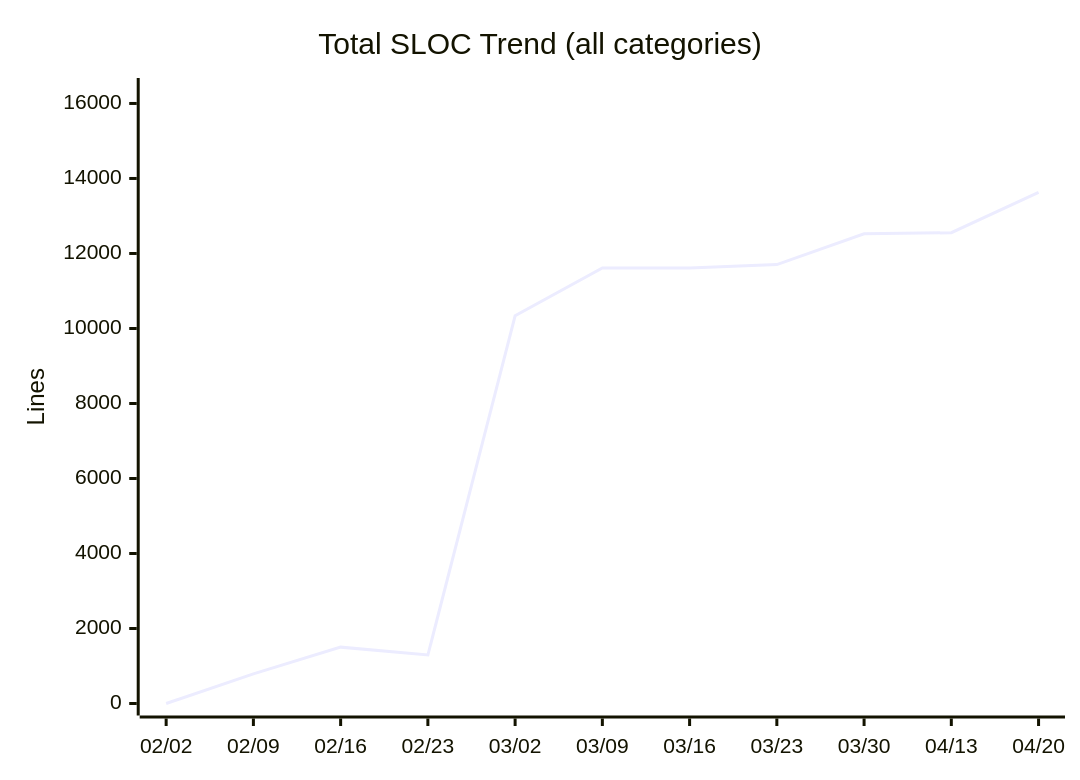
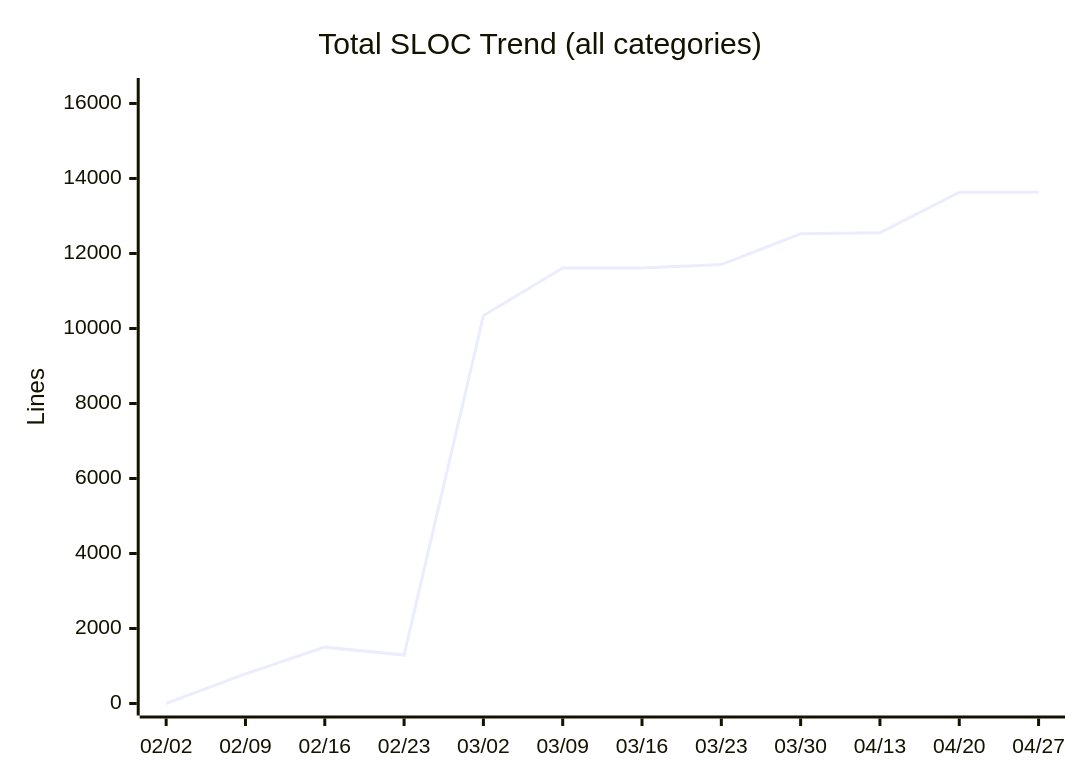
The eighth of 14 diagrams in docs/metrics.md (nablarch/nabledge-dev), drawn with Mermaid before and after one commit. The commit also changed other lines of this file and 2 other files, not shown here.

````diff
--- a/docs/metrics.md
+++ b/docs/metrics.md
@@ -121,7 +121,7 @@
 ```mermaid
 xychart-beta
   title "Total SLOC Trend (all categories)"
-  x-axis ["02/02", "02/09", "02/16", "02/23", "03/02", "03/09", "03/16", "03/23", "03/30", "04/13", "04/20"]
+  x-axis ["02/02", "02/09", "02/16", "02/23", "03/02", "03/09", "03/16", "03/23", "03/30", "04/13", "04/20", "04/27"]
   y-axis "Lines" 0 --> 16359
-  line [0, 789, 1503, 1293, 10339, 11613, 11613, 11704, 12523, 12553, 13632]
+  line [0, 789, 1503, 1293, 10339, 11613, 11613, 11704, 12523, 12553, 13632, 13632]
 ```
````
